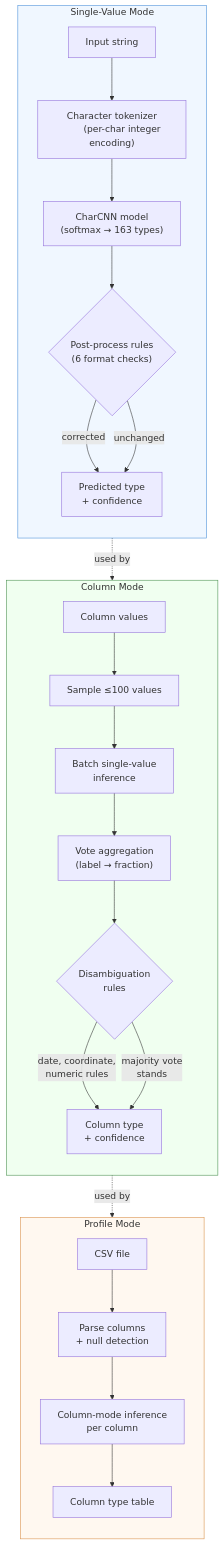
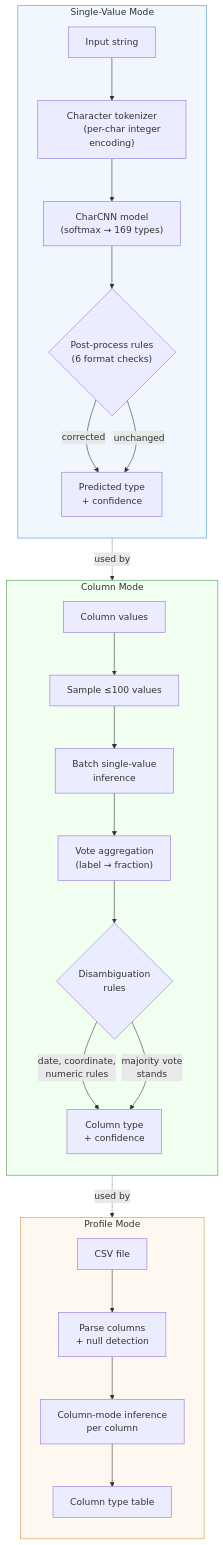
The diagram in README.md (meridian-online/finetype), drawn with Mermaid before and after one commit. The commit also changed other lines of this file and 3 other files, not shown here.

````diff
--- a/README.md
+++ b/README.md
@@ -213,47 +215,47 @@
 ```mermaid
 flowchart TB
     subgraph single ["Single-Value Mode"]
         direction TB
         A["Input string"] --> B["Character tokenizer
         (per-char integer encoding)"]
         B --> C["CharCNN model
-        (softmax → 163 types)"]
+        (softmax → 169 types)"]
         C --> D{"Post-process rules
         (6 format checks)"}
         D -->|corrected| E["Predicted type
         + confidence"]
         D -->|unchanged| E
     end
 
     subgraph column ["Column Mode"]
         direction TB
         F["Column values"] --> G["Sample ≤100 values"]
         G --> H["Batch single-value
         inference"]
         H --> I["Vote aggregation
         (label → fraction)"]
         I --> J{"Disambiguation
         rules"}
         J -->|"date, coordinate,
         numeric rules"| K["Column type
         + confidence"]
         J -->|"majority vote
         stands"| K
     end
 
     subgraph profile ["Profile Mode"]
         direction TB
         L["CSV file"] --> M["Parse columns
         + null detection"]
         M --> N["Column-mode inference
         per column"]
         N --> O["Column type table"]
     end
 
     single -.->|"used by"| column
     column -.->|"used by"| profile
 
     style single fill:#f0f7ff,stroke:#4a90d9
     style column fill:#f0fff0,stroke:#4a9050
     style profile fill:#fff8f0,stroke:#d9904a
 ```
````
